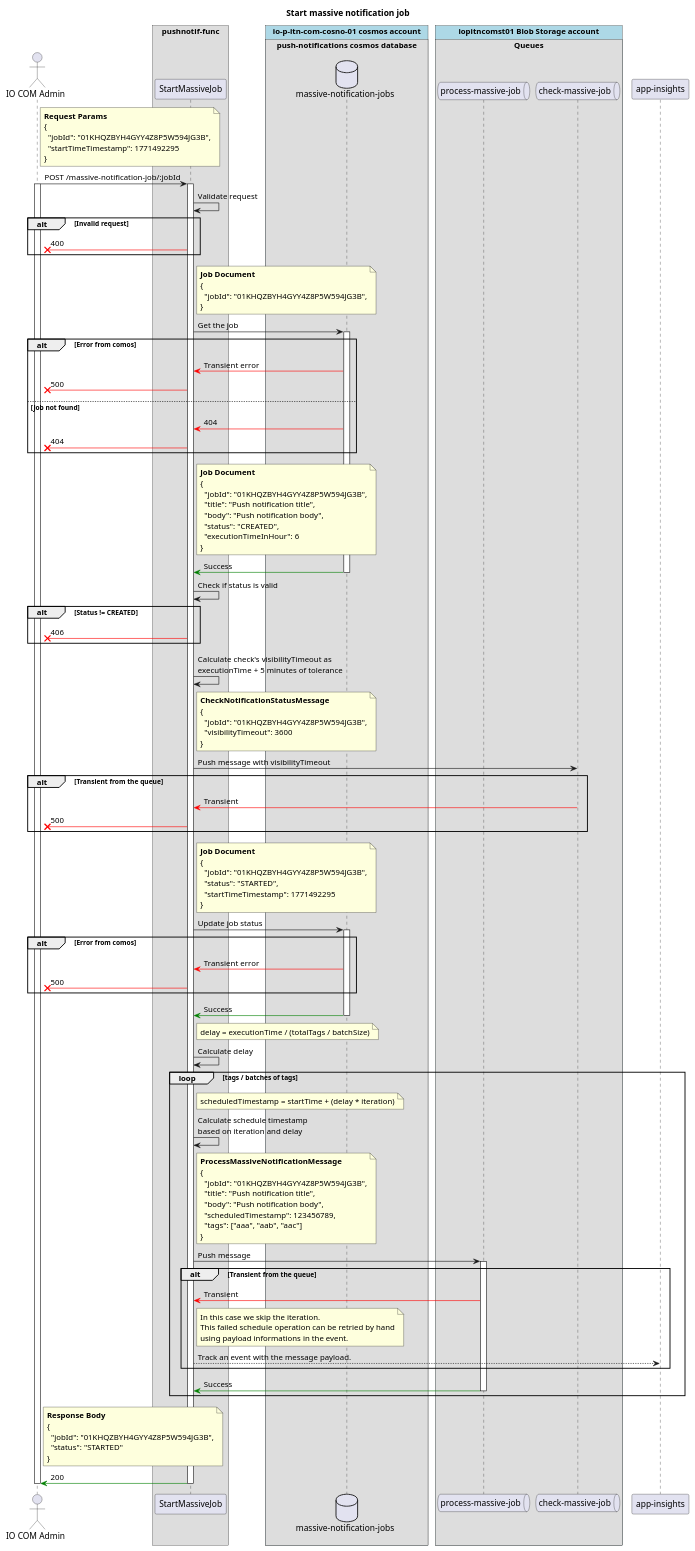
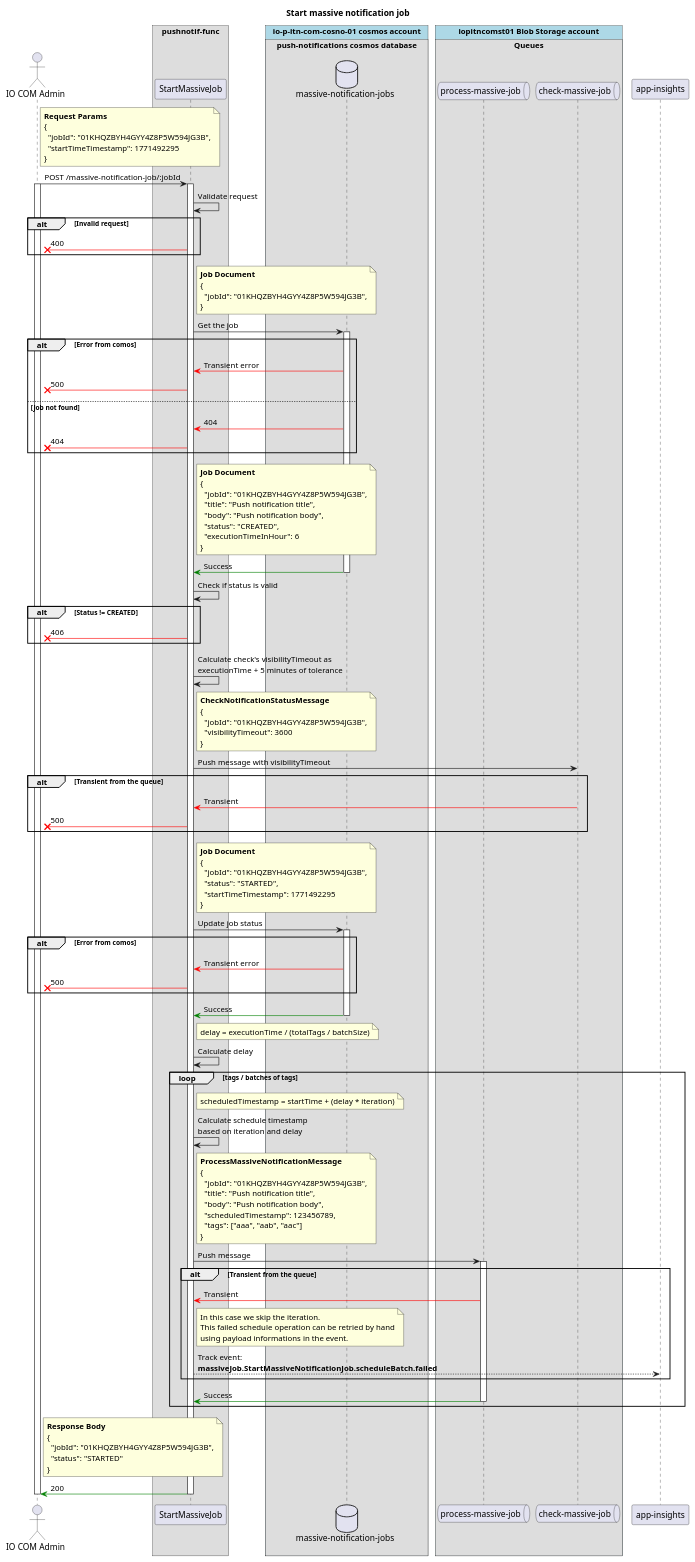
Before and after one commit to pagopa/io-messages: the diagram in apps/pushnotif-func/docs/puml/start-massive-job.puml, drawn with PlantUML. The commit also changed 15 other files, not shown here.

First line of the commit message:
Update massive job event traking

```diff
--- a/apps/pushnotif-func/docs/puml/start-massive-job.puml
+++ b/apps/pushnotif-func/docs/puml/start-massive-job.puml
@@ -1,172 +1,172 @@
 @startuml
 
 title "Start massive notification job"
 
 actor "IO COM Admin" as admin
 
 box "pushnotif-func"
   participant "StartMassiveJob" as httpfunc
 end box
 
 !pragma teoz true
 box "io-p-itn-com-cosno-01 cosmos account" #LightBlue
   box "push-notifications cosmos database"
     database "massive-notification-jobs" as mnj
   end box
 end box
 
 box "iopitncomst01 Blob Storage account" #LightBlue
   box "Queues"
     queue "process-massive-job" as smq
     queue "check-massive-job" as cjmq
   end box
 end box
 
 participant "app-insights" as ai
 
 note right of admin
   **Request Params**
   {
     "jobId": "01KHQZBYH4GYY4Z8P5W594JG3B",
     "startTimeTimestamp": 1771492295
   }
 end note
 admin -> httpfunc : POST /massive-notification-job/:jobId
 activate admin
 activate httpfunc
 
 httpfunc -> httpfunc : Validate request
 
 alt Invalid request
   httpfunc -[#red]x admin : 400
 end
 
 note right of httpfunc
   **Job Document**
   {
     "jobId": "01KHQZBYH4GYY4Z8P5W594JG3B",
   }
 end note
 httpfunc -> mnj : Get the job
 activate mnj
 
 alt Error from comos
   mnj -[#red]> httpfunc : Transient error
   httpfunc -[#red]x admin : 500
 else Job not found
   mnj -[#red]> httpfunc : 404
   httpfunc -[#red]x admin : 404
 end
 
 
 note right of httpfunc
   **Job Document**
   {
     "jobId": "01KHQZBYH4GYY4Z8P5W594JG3B",
     "title": "Push notification title",
     "body": "Push notification body",
     "status": "CREATED",
     "executionTimeInHour": 6
   }
 end note
 mnj -[#green]> httpfunc : Success
 deactivate mnj
 
 httpfunc -> httpfunc : Check if status is valid
 alt Status != CREATED
   httpfunc -[#red]x admin : 406
 end
 
 httpfunc -> httpfunc : Calculate check's visibilityTimeout as\nexecutionTime + 5 minutes of tolerance
 note right of httpfunc
   **CheckNotificationStatusMessage**
   {
     "jobId": "01KHQZBYH4GYY4Z8P5W594JG3B",
     "visibilityTimeout": 3600
   }
 end note
 httpfunc -> cjmq : Push message with visibilityTimeout
 alt Transient from the queue
   cjmq -[#red]> httpfunc : Transient
   httpfunc -[#red]x admin : 500
 end
 
 note right of httpfunc
   **Job Document**
   {
     "jobId": "01KHQZBYH4GYY4Z8P5W594JG3B",
     "status": "STARTED",
     "startTimeTimestamp": 1771492295
   }
 end note
 httpfunc -> mnj : Update job status
 activate mnj
 
 /'
 '  totalTags: Total number of tags. (fixed at function level)
 '  groupSize: Number of tags per batch. (fixed at function level)
 '  executionTime: Delta between the first and the last notification sent, in seconds.
 '
 '  delay: Delta between the first and the last notification sent.
 '
 '  delay = executionTime / (totalTags / groupSize)
 ' '/
 
 alt Error from comos
   mnj -[#red]> httpfunc : Transient error
   httpfunc -[#red]x admin : 500
 end
 
 mnj -[#green]> httpfunc : Success
 deactivate mnj
 
 note right of httpfunc
   delay = executionTime / (totalTags / batchSize)
 end note
 httpfunc -> httpfunc : Calculate delay
 loop tags / batches of tags
   note right of httpfunc
     scheduledTimestamp = startTime + (delay * iteration)
   end note
   httpfunc -> httpfunc : Calculate schedule timestamp\nbased on iteration and delay
   note right of httpfunc
     **ProcessMassiveNotificationMessage**
     {
       "jobId": "01KHQZBYH4GYY4Z8P5W594JG3B",
       "title": "Push notification title",
       "body": "Push notification body",
       "scheduledTimestamp": 123456789,
       "tags": ["aaa", "aab", "aac"]
     }
   end note
 
   httpfunc -> smq : Push message
   activate smq
   alt Transient from the queue
     smq -[#red]> httpfunc : Transient
     note right of httpfunc
       In this case we skip the iteration.
       This failed schedule operation can be retried by hand
       using payload informations in the event.
     end note
-    httpfunc --> ai : Track an event with the message payload.
+    httpfunc --> ai : Track event:\n**massiveJob.StartMassiveNotificationJob.scheduleBatch.failed**
   end
 
   smq -[#green]> httpfunc : Success
 
   deactivate smq
 end
 
 note right of admin
   **Response Body**
   {
     "jobId": "01KHQZBYH4GYY4Z8P5W594JG3B",
     "status": "STARTED"
   }
 end note
 httpfunc -[#green]> admin : 200
 
 deactivate httpfunc
 deactivate admin
 
 @enduml
```
